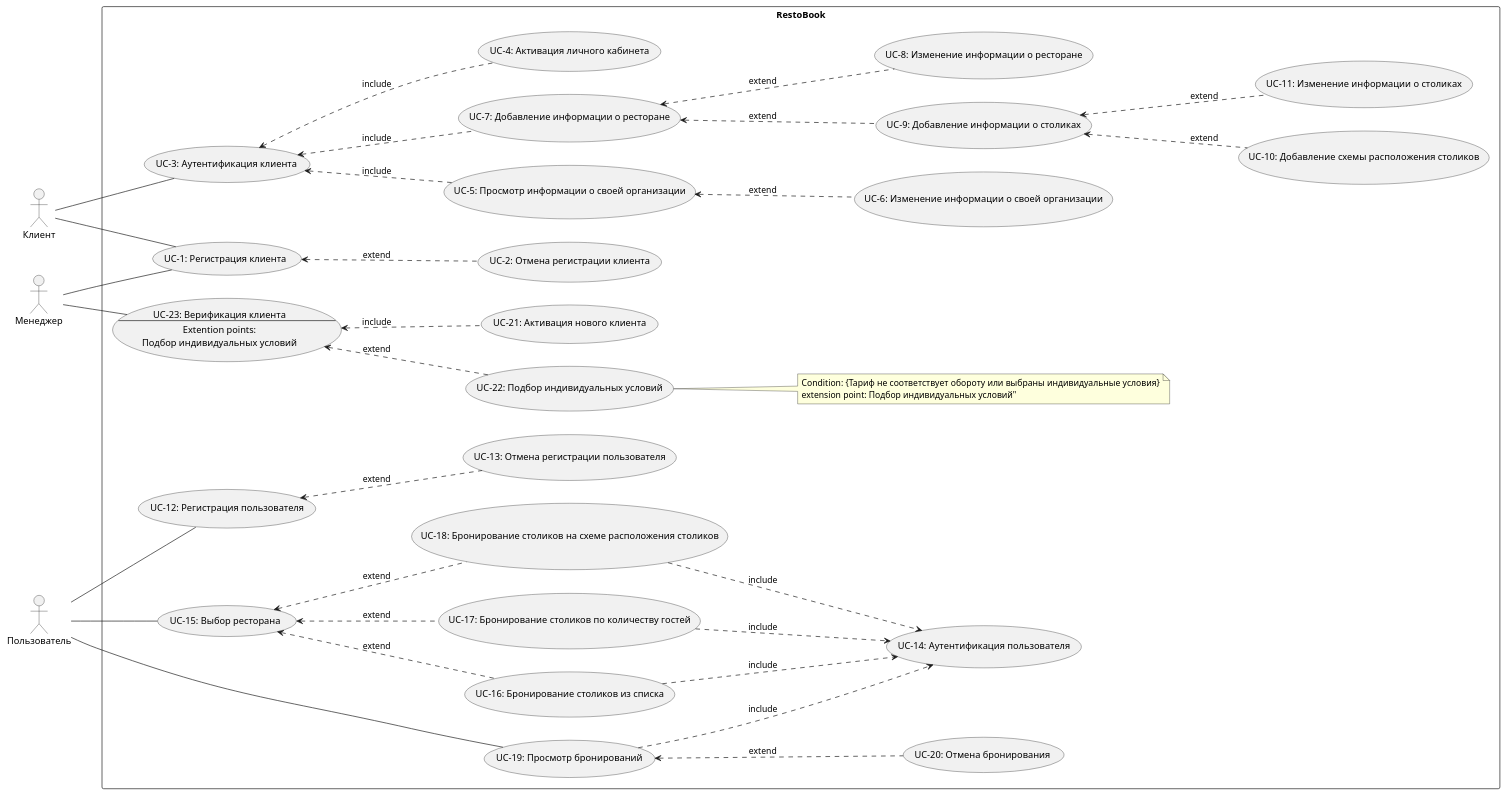
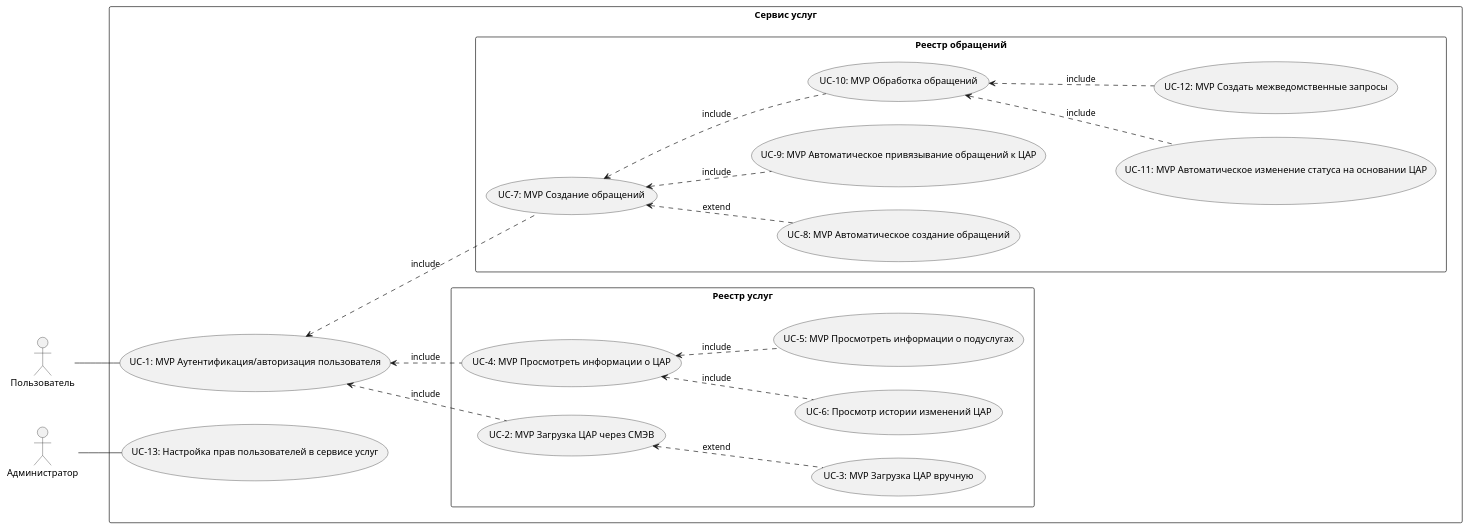
The diagram in docs/docs/diagrams/src/usecase.puml (sonorame/docs_kcr), drawn with PlantUML before and after one commit. The commit also changed 185 other files, not shown here.

```diff
--- a/docs/docs/diagrams/src/usecase.puml
+++ b/docs/docs/diagrams/src/usecase.puml
@@ -1,78 +1,51 @@
 @startuml
 left to right direction
-' skinparam Linetype ortho
+skinparam packageStyle rectangle
 
-actor "Клиент" as ul
-actor "Менеджер" as manager
-actor "Пользователь" as fl
+actor "Пользователь" as usr
+actor "Администратор" as adm
 
-rectangle "RestoBook" {
-    ' Клиент
-    usecase (UC-1: Регистрация клиента) as regUl
-    usecase (UC-2: Отмена регистрации клиента) as cancelRegUl
-    usecase (UC-3: Аутентификация клиента) as authUl
-    usecase (UC-4: Активация личного кабинета) as activateLK
-    usecase (UC-5: Просмотр информации о своей организации) as searchInfo
-    usecase (UC-6: Изменение информации о своей организации) as editCompanyInfo
-    usecase (UC-7: Добавление информации о ресторане) as insertRestInfo
-    usecase (UC-8: Изменение информации о ресторане) as editRestInfo
-    usecase (UC-9: Добавление информации о столиках) as insertTableInfo
-    usecase (UC-10: Добавление схемы расположения столиков) as insertTableMap
-    usecase (UC-11: Изменение информации о столиках) as editTableInfo
 
-    ' Пользователь
-    usecase (UC-12: Регистрация пользователя) as regFl
-    usecase (UC-13: Отмена регистрации пользователя) as cancelRegFl
-    usecase (UC-14: Аутентификация пользователя) as authFl
-    usecase (UC-15: Выбор ресторана) as searchRest
-    usecase (UC-16: Бронирование столиков из списка) as bookingTableList
-    usecase (UC-17: Бронирование столиков по количеству гостей) as bookingTableGuest
-    usecase (UC-18: Бронирование столиков на схеме расположения столиков) as bookingTableMap
-    usecase (UC-19: Просмотр бронирований) as bookingView
-    usecase (UC-20: Отмена бронирования) as bookingCancel
+rectangle "Сервис услуг" {
+  usecase (UC-1: MVP Аутентификация/авторизация пользователя) as authUl
+  usecase (UC-13: Настройка прав пользователей в сервисе услуг) as settingsUsr
+  rectangle "Реестр услуг" {
+    'Пользователь
 
-    ' Менеджер
-    usecase (UC-21: Активация нового клиента) as newActivate
-    usecase (UC-22: Подбор индивидуальных условий) as chooseIndividualConditions
-    usecase checkCl as "UC-23: Верификация клиента
-    --
-    Extention points:
-    Подбор индивидуальных условий"
+    'usecase (UC-: MVP Загрузка ЦАР) as uploadCar
+    usecase (UC-2: MVP Загрузка ЦАР через СМЭВ) as uploadCarSMEV
+    usecase (UC-3: MVP Загрузка ЦАР вручную) as uploadCarManual
+    usecase (UC-4: MVP Просмотреть информации о ЦАР) as viewInfoCar
+    usecase (UC-5: MVP Просмотреть информации о подуслугах) as viewInfoSubcar
 
-    ul -- regUl
-    ul -- authUl
-    authUl <.. searchInfo : include
-    authUl <.. activateLK : include
-    authUl <.. insertRestInfo : include
-    searchInfo <.. editCompanyInfo : extend
-    insertRestInfo <.. insertTableInfo : extend
-    insertRestInfo <.. editRestInfo : extend
-    insertTableInfo <.. editTableInfo : extend
-    insertTableInfo <.. insertTableMap : extend
+    'usecase (UC-: Переход из реестра услуг в реестр обращений) as relocateCarToTask
+    usecase (UC-6: Просмотр истории изменений ЦАР) as viewHistoryCar
+     
+    authUl <.. uploadCarSMEV: include
+    uploadCarSMEV <.. uploadCarManual: extend
+    authUl <.. viewInfoCar: include
+    viewInfoCar <.. viewInfoSubcar: include
+    viewInfoCar <.. viewHistoryCar: include      
+  }
+  rectangle "Реестр обращений" {
+    'Пользователь
+    usecase (UC-7: MVP Создание обращений) as createTasks
+    usecase (UC-8: MVP Автоматическое создание обращений) as autoCreateTasks
+    usecase (UC-9: MVP Автоматическое привязывание обращений к ЦАР) as autoLinkTaskToCar
+    usecase (UC-10: MVP Обработка обращений) as doTasks
+    usecase (UC-11: MVP Автоматическое изменение статуса на основании ЦАР) as autoChangeStatus
+    usecase (UC-12: MVP Создать межведомственные запросы) as createSMEVRequests
 
-    regUl <.. cancelRegUl : extend
+    authUl <.. createTasks: include
+    createTasks <.. autoCreateTasks: extend
+    createTasks <.. autoLinkTaskToCar: include
+    createTasks <.. doTasks: include
+    doTasks <.. autoChangeStatus: include
+    doTasks <.. createSMEVRequests: include
+  }
+}
 
-    manager -- regUl
-    manager -- checkCl
-    ' newActivate ..> (Найти клиента) : include
-    checkCl <.. newActivate : include
-    checkCl <.. chooseIndividualConditions : extend
-    note right of chooseIndividualConditions
-    Condition: {Тариф не соответствует обороту или выбраны индивидуальные условия}
-    extension point: Подбор индивидуальных условий"
-    end note
+usr -- authUl
+adm -- settingsUsr
 
-    fl -- regFl
-    fl -- bookingView
-    fl -- searchRest
-    regFl <.. cancelRegFl : extend
-    searchRest <.. bookingTableList : extend
-    searchRest <.. bookingTableGuest : extend
-    searchRest <.. bookingTableMap : extend
-    bookingView <.. bookingCancel : extend
-    bookingView ..> authFl : include
-    bookingTableList ..> authFl : include
-    bookingTableGuest ..> authFl : include
-    bookingTableMap ..> authFl : include
-}
 @enduml
```
